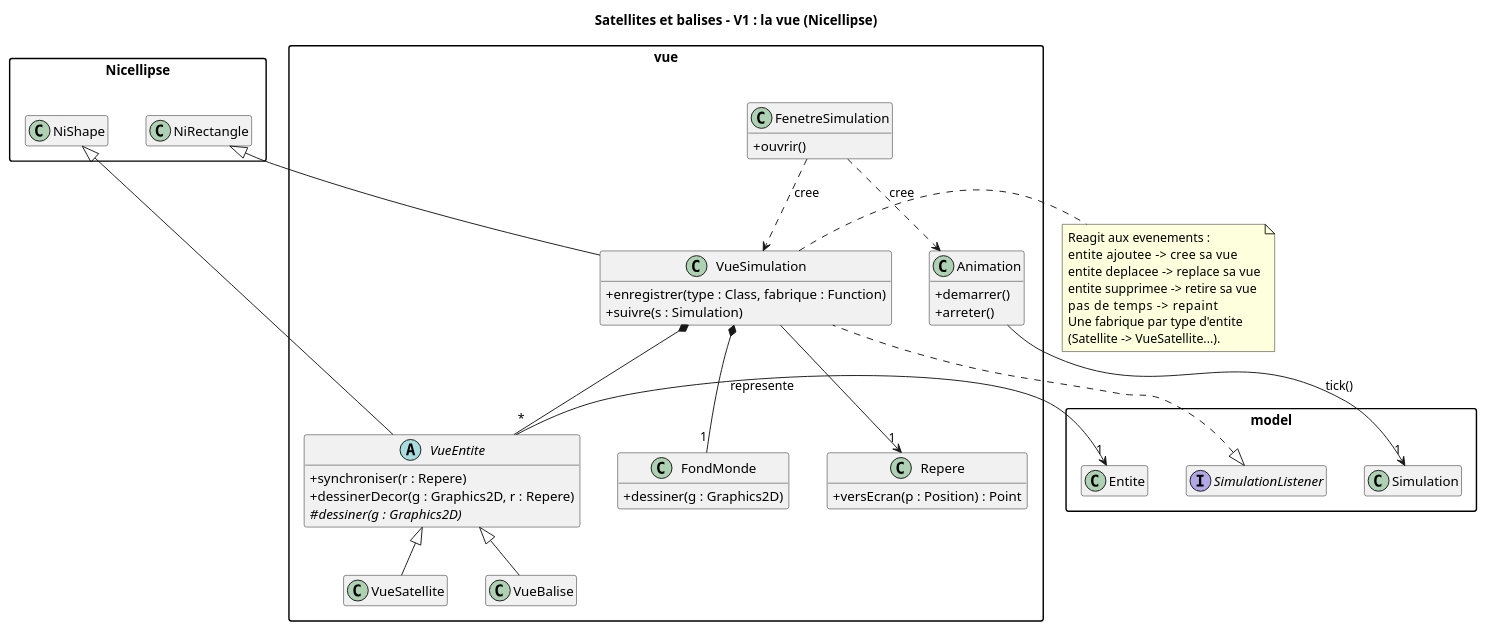
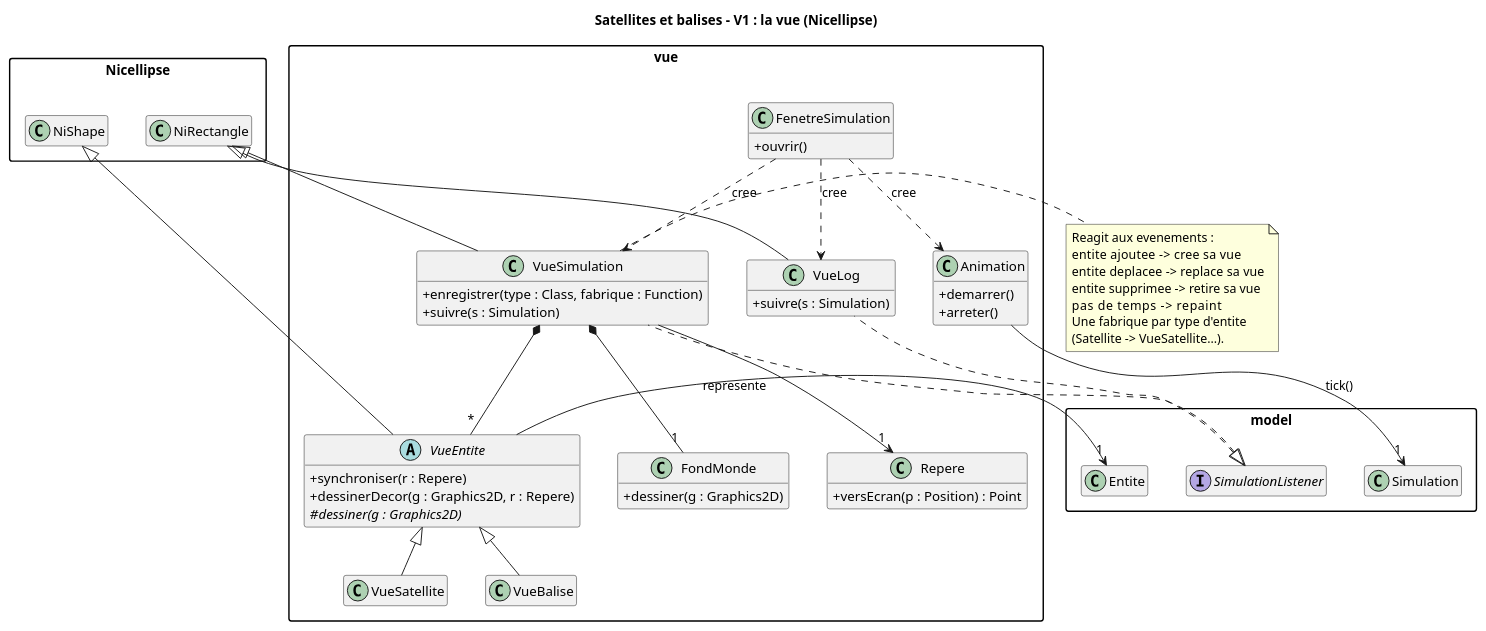
Before and after one commit to timo0135/Satellites-et-Balises: the diagram in docs/diagramme-vue-v1.puml, drawn with PlantUML. The commit also changed 5 other files, not shown here.

First line of the commit message:
Ajoute VueLog : une seconde vue sous forme de journal des evenements

```diff
--- a/docs/diagramme-vue-v1.puml
+++ b/docs/diagramme-vue-v1.puml
@@ -1,81 +1,88 @@
 @startuml diagramme-vue-v1
 
 title Satellites et balises - V1 : la vue (Nicellipse)
 skinparam classAttributeIconSize 0
 skinparam packageStyle rectangle
 skinparam nodesep 40
 skinparam ranksep 50
 hide empty members
 
 ' La vue ne modifie jamais le modele : elle reagit aux evenements
 ' (voir diagramme-evenements-v1.puml) et se redessine.
 
 package "vue" {
   class FenetreSimulation {
     + ouvrir()
   }
 
   class VueSimulation {
     + enregistrer(type : Class, fabrique : Function)
     + suivre(s : Simulation)
   }
 
   abstract class VueEntite {
     + synchroniser(r : Repere)
     + dessinerDecor(g : Graphics2D, r : Repere)
     # {abstract} dessiner(g : Graphics2D)
   }
   class VueSatellite
   class VueBalise
 
   class FondMonde {
     + dessiner(g : Graphics2D)
   }
   class Repere {
     + versEcran(p : Position) : Point
   }
 
   class Animation {
     + demarrer()
     + arreter()
   }
+
+  class VueLog {
+    + suivre(s : Simulation)
+  }
 }
 
 package "Nicellipse" {
   class NiRectangle
   class NiShape
 }
 
 package "model" {
   class Simulation
   class Entite
   interface SimulationListener
 }
 
 FenetreSimulation ..> VueSimulation : cree
 FenetreSimulation ..> Animation : cree
+FenetreSimulation ..> VueLog : cree
 
 VueSimulation *-- "*" VueEntite
 VueSimulation *-- "1" FondMonde
 VueSimulation --> "1" Repere
 VueEntite --> "1" Entite : represente
 VueEntite <|-- VueSatellite
 VueEntite <|-- VueBalise
 
 NiRectangle <|-- VueSimulation
+NiRectangle <|-- VueLog
 NiShape <|-- VueEntite
 
 SimulationListener <|.. VueSimulation
+SimulationListener <|.. VueLog
 Animation --> "1" Simulation : tick()
 
 note right of VueSimulation
   Reagit aux evenements :
   entite ajoutee   -> cree sa vue
   entite deplacee  -> replace sa vue
   entite supprimee -> retire sa vue
   pas de temps     -> repaint
   Une fabrique par type d'entite
   (Satellite -> VueSatellite...).
 end note
 
 @enduml
```
